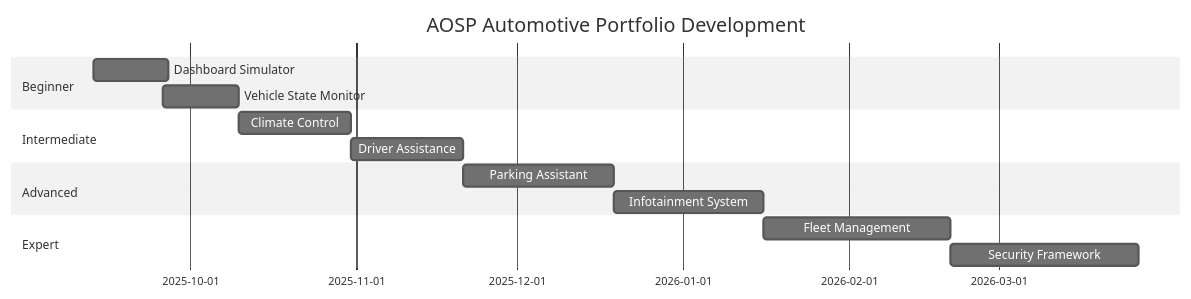
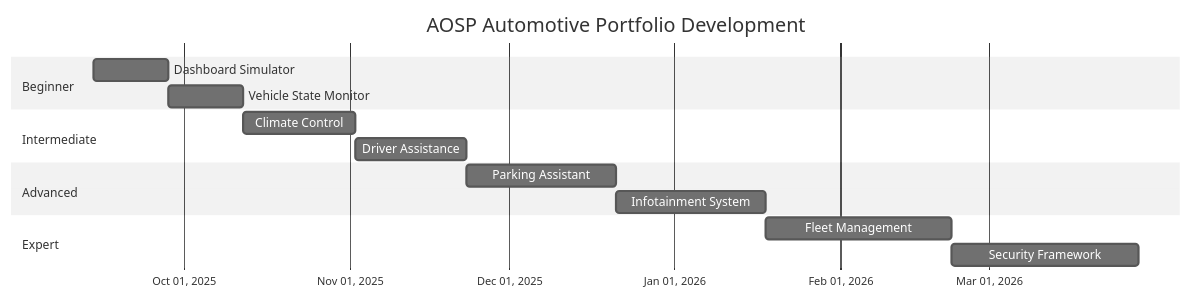
The diagram in README.md (AbdullahAbdelhakeem6484/AOSP_Automotive_Portfolio), drawn with Mermaid (neutral theme) before and after one commit.

Commit message:
2nd Update - Gantt chart

````diff
--- a/README.md
+++ b/README.md
@@ -108,21 +108,22 @@
 ```mermaid
 gantt
     title AOSP Automotive Portfolio Development
     dateFormat  YYYY-MM-DD
+    axisFormat  %b %d, %Y
     
     section Beginner
-    Dashboard Simulator    :2025-09-13, 14d
-    Vehicle State Monitor  :2025-09-26, 14d
+    Dashboard Simulator    :ds, 2025-09-14, 14d
+    Vehicle State Monitor  :vsm, after ds, 14d
     
     section Intermediate
-    Climate Control        :2025-10-10, 21d
-    Driver Assistance      :2025-10-31, 21d
+    Climate Control        :cc,  after vsm, 21d
+    Driver Assistance      :da,  after cc, 21d
     
     section Advanced
-    Parking Assistant      :2025-11-21, 28d
-    Infotainment System    :2025-12-19, 28d
+    Parking Assistant      :pa,  after da, 28d
+    Infotainment System    :is,  after pa, 28d
     
     section Expert
-    Fleet Management       :2026-01-16, 35d
-    Security Framework     :2026-02-20, 35d
+    Fleet Management       :fm,  after is, 35d
+    Security Framework     :sf,  after fm, 35d
 ```
````
